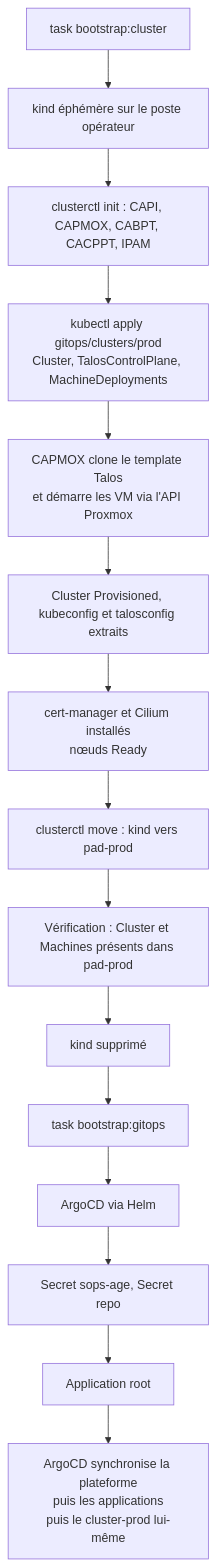
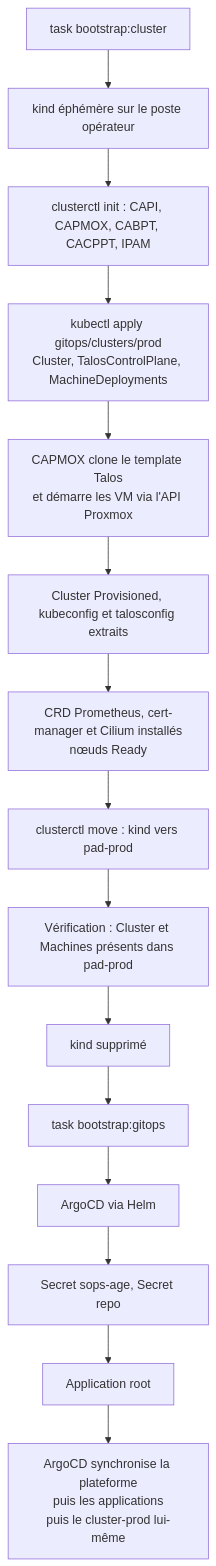
Before and after one commit to kim-tsr/penetrate-and-destroy: the diagram in docs/architecture/bootstrap.md, drawn with Mermaid. The commit also changed other lines of this file and 2 other files, not shown here.

Commit message:
fix(bootstrap): CRD Prometheus installées avant cert-manager et Cilium (ServiceMonitor)

````diff
--- a/docs/architecture/bootstrap.md
+++ b/docs/architecture/bootstrap.md
@@ -7,17 +7,17 @@
 ```mermaid
 flowchart TD
     A[task bootstrap:cluster] --> B[kind éphémère sur le poste opérateur]
     B --> C[clusterctl init : CAPI, CAPMOX, CABPT, CACPPT, IPAM]
     C --> D[kubectl apply gitops/clusters/prod<br/>Cluster, TalosControlPlane, MachineDeployments]
     D --> E[CAPMOX clone le template Talos<br/>et démarre les VM via l'API Proxmox]
     E --> F[Cluster Provisioned, kubeconfig et talosconfig extraits]
-    F --> G[cert-manager et Cilium installés<br/>nœuds Ready]
+    F --> G[CRD Prometheus, cert-manager et Cilium installés<br/>nœuds Ready]
     G --> H[clusterctl move : kind vers pad-prod]
     H --> I[Vérification : Cluster et Machines présents dans pad-prod]
     I --> J[kind supprimé]
     J --> K[task bootstrap:gitops]
     K --> L[ArgoCD via Helm]
     L --> M[Secret sops-age, Secret repo]
     M --> N[Application root]
     N --> O[ArgoCD synchronise la plateforme<br/>puis les applications<br/>puis le cluster-prod lui-même]
 ```
````
